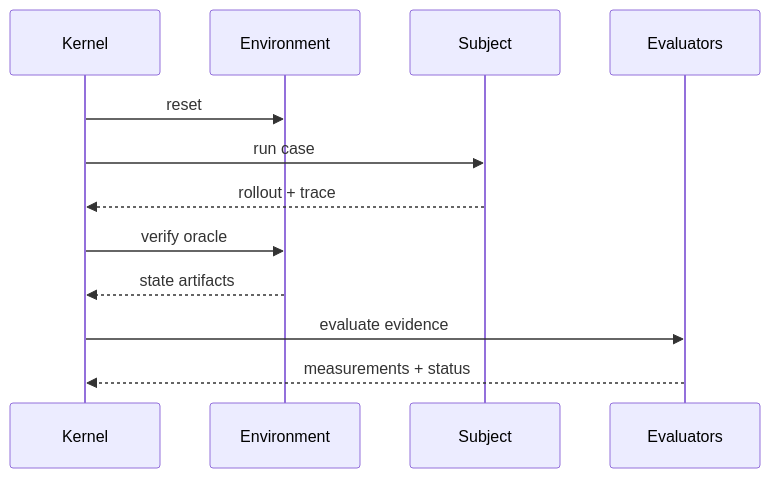
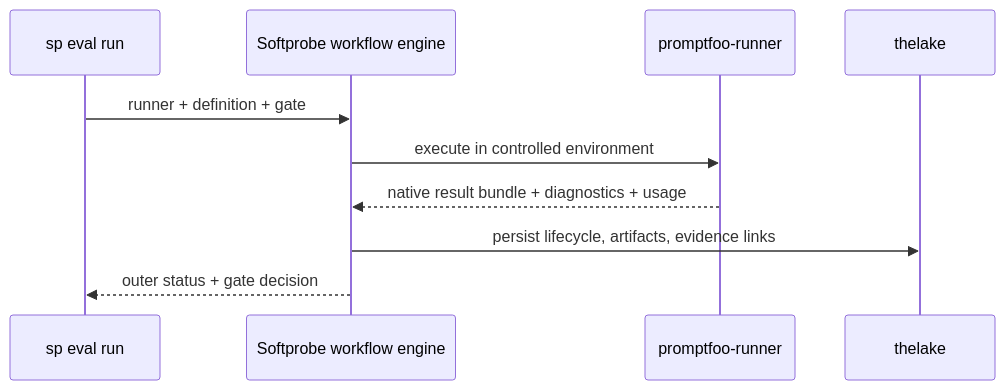
The second of 2 diagrams in en/evaluation/getting-started.md (softprobe/document-website), drawn with Mermaid before and after one commit. The commit also changed other lines of this file and 10 other files, not shown here.

Commit message:
docs(evaluation): remove native authoring path; runner-first workflow

````diff
--- a/en/evaluation/getting-started.md
+++ b/en/evaluation/getting-started.md
@@ -108,15 +70,13 @@
 ```mermaid
 sequenceDiagram
-  participant K as Kernel
-  participant E as Environment
-  participant S as Subject
-  participant V as Evaluators
+  participant CLI as sp eval run
+  participant K as Softprobe workflow engine
+  participant R as promptfoo-runner
+  participant L as thelake
 
-  K->>E: reset
-  K->>S: run case
-  S-->>K: rollout + trace
-  K->>E: verify oracle
-  E-->>K: state artifacts
-  K->>V: evaluate evidence
-  V-->>K: measurements + status
+  CLI->>K: runner + definition + gate
+  K->>R: execute in controlled environment
+  R-->>K: native result bundle + diagnostics + usage
+  K->>L: persist lifecycle, artifacts, evidence links
+  K-->>CLI: outer status + gate decision
 ```
````
